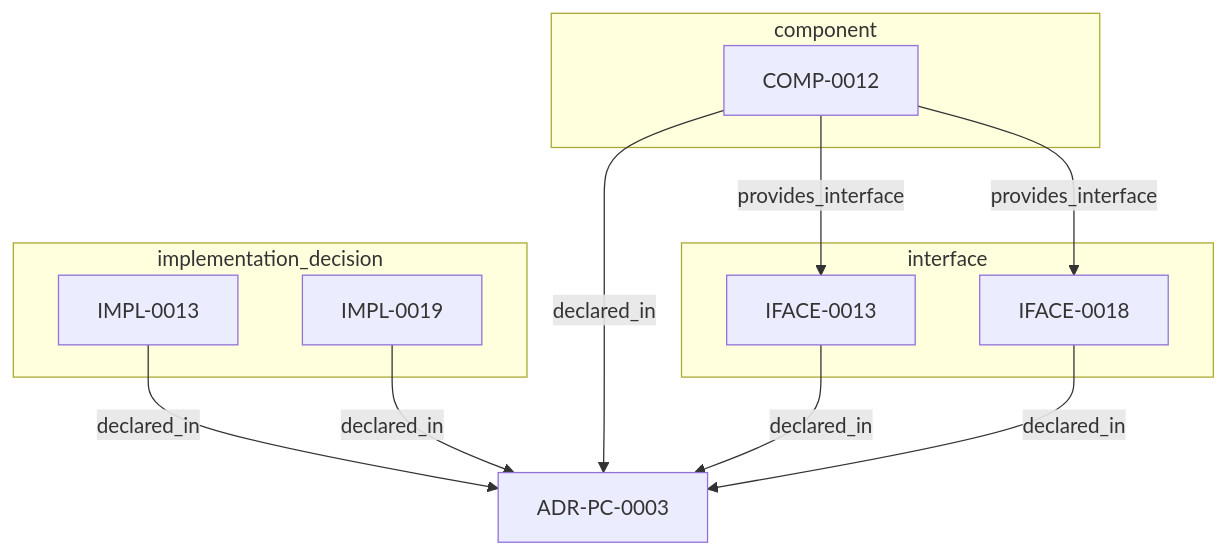
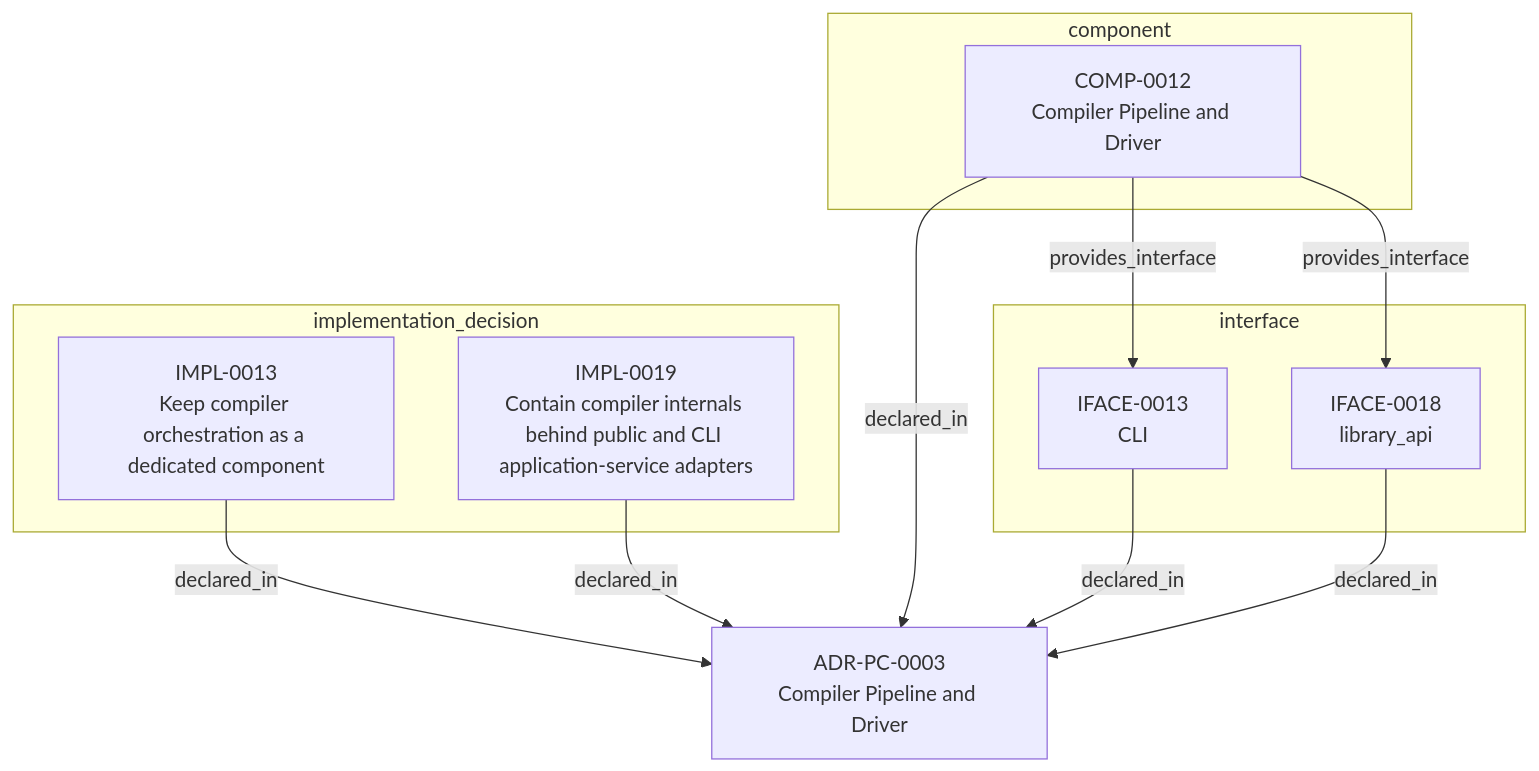
Before and after one commit to egallmann/adr-architecture-kit: the third of 3 diagrams in adrs/adr-projection/physical-component/ADR-PC-0003-compiler-pipeline-and-driver.md, drawn with Mermaid. The commit also changed other lines of this file and 35 other files, not shown here.

````diff
--- a/adrs/adr-projection/physical-component/ADR-PC-0003-compiler-pipeline-and-driver.md
+++ b/adrs/adr-projection/physical-component/ADR-PC-0003-compiler-pipeline-and-driver.md
@@ -160,22 +253,22 @@
 ```mermaid
 flowchart TB
-  n_019fee89_e618_7b76_843f_cfe21ceb2ea6["ADR-PC-0003"]
+  n_019fee89_e618_7b76_843f_cfe21ceb2ea6["ADR-PC-0003<br/>Compiler Pipeline and Driver"]
   subgraph sg_component["component"]
-    n_019fee89_e617_76ad_9336_b3615a6e4bde["COMP-0012"]
+    n_019fee89_e617_76ad_9336_b3615a6e4bde["COMP-0012<br/>Compiler Pipeline and Driver"]
   end
   subgraph sg_interface["interface"]
-    n_019fee89_e617_779d_a12e_7713d58fbc21["IFACE-0013"]
-    n_019fee89_e618_7e7b_813b_2a48de1d809a["IFACE-0018"]
+    n_019fee89_e617_779d_a12e_7713d58fbc21["IFACE-0013<br/>CLI"]
+    n_019fee89_e618_7e7b_813b_2a48de1d809a["IFACE-0018<br/>library_api"]
   end
   subgraph sg_implementation_decision["implementation_decision"]
-    n_019fee89_e618_7c0b_852f_c6d7f5b57322["IMPL-0013"]
-    n_019fee89_e618_7113_9b36_4437b97cd744["IMPL-0019"]
+    n_019fee89_e618_7c0b_852f_c6d7f5b57322["IMPL-0013<br/>Keep compiler orchestration as a dedicated component"]
+    n_019fee89_e618_7113_9b36_4437b97cd744["IMPL-0019<br/>Contain compiler internals behind public and CLI application-service adapters"]
   end
   n_019fee89_e617_76ad_9336_b3615a6e4bde -->|"declared_in"| n_019fee89_e618_7b76_843f_cfe21ceb2ea6
   n_019fee89_e617_779d_a12e_7713d58fbc21 -->|"declared_in"| n_019fee89_e618_7b76_843f_cfe21ceb2ea6
   n_019fee89_e618_7113_9b36_4437b97cd744 -->|"declared_in"| n_019fee89_e618_7b76_843f_cfe21ceb2ea6
   n_019fee89_e618_7c0b_852f_c6d7f5b57322 -->|"declared_in"| n_019fee89_e618_7b76_843f_cfe21ceb2ea6
   n_019fee89_e618_7e7b_813b_2a48de1d809a -->|"declared_in"| n_019fee89_e618_7b76_843f_cfe21ceb2ea6
   n_019fee89_e617_76ad_9336_b3615a6e4bde -->|"provides_interface"| n_019fee89_e617_779d_a12e_7713d58fbc21
   n_019fee89_e617_76ad_9336_b3615a6e4bde -->|"provides_interface"| n_019fee89_e618_7e7b_813b_2a48de1d809a
 ```
````
